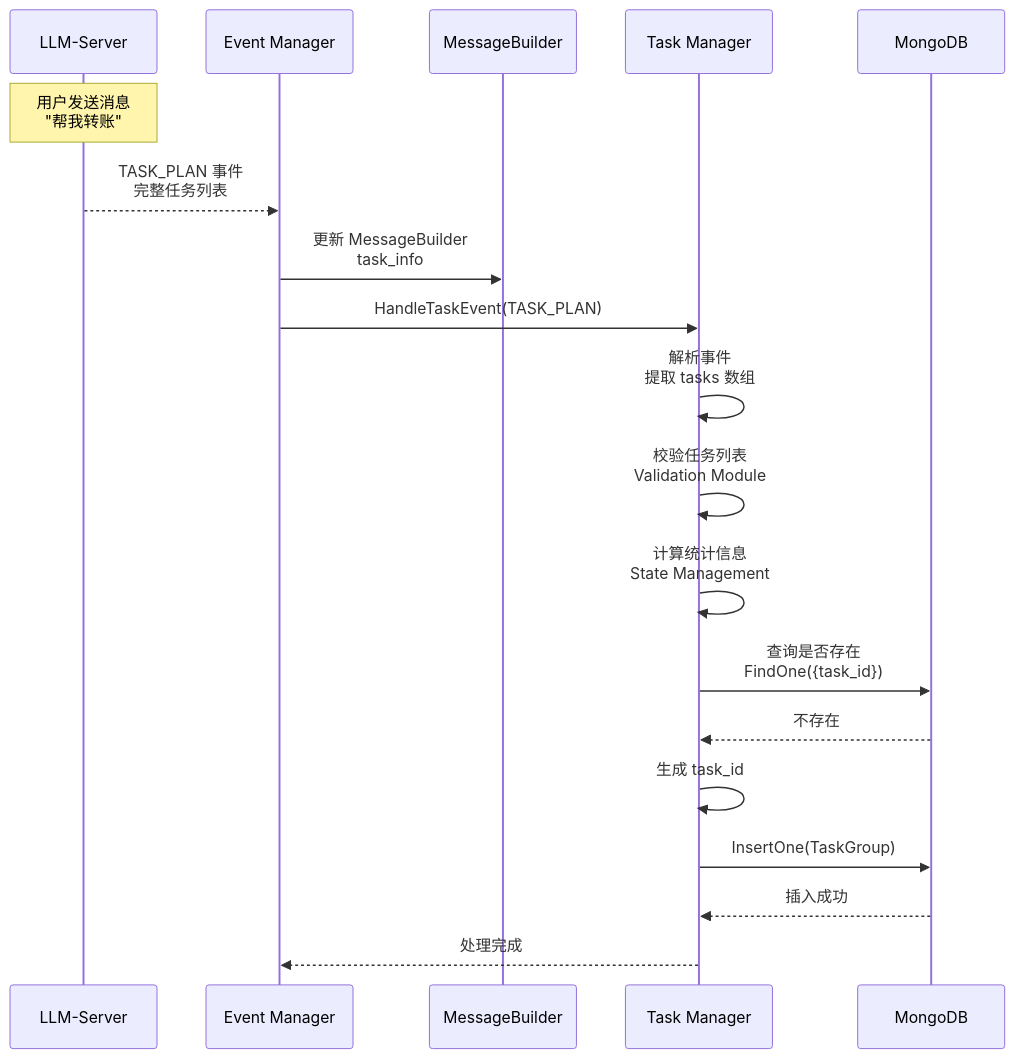
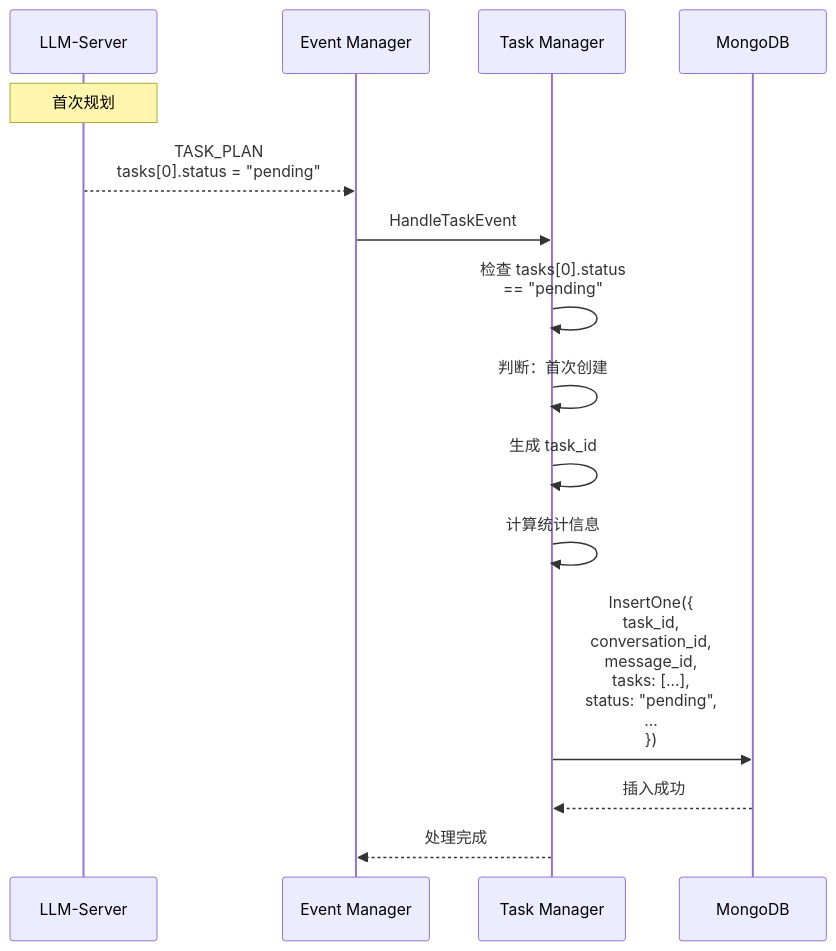
One commit to yingjianzh/iodraw-files changed the diagram in all/未命名-10.md. Above: the diagram before and after it, drawn with Mermaid.

Commit message:
2025-12-25 10:54:23 update

````diff
--- a/all/未命名-10.md
+++ b/all/未命名-10.md
@@ -1,34 +1,27 @@
 ```mermaid
 sequenceDiagram
     participant LLM as LLM-Server
     participant EM as Event Manager
-    participant Builder as MessageBuilder
     participant TM as Task Manager
     participant DB as MongoDB
     
-    Note over LLM: 用户发送消息<br/>"帮我转账"
+    Note over LLM: 首次规划
     
-    LLM-->>EM: TASK_PLAN 事件<br/>完整任务列表
+    LLM-->>EM: TASK_PLAN<br/>tasks[0].status = "pending"
     
-    EM->>Builder: 更新 MessageBuilder<br/>task_info
+    EM->>TM: HandleTaskEvent
     
-    EM->>TM: HandleTaskEvent(TASK_PLAN)
+    TM->>TM: 检查 tasks[0].status<br/>== "pending"
     
-    TM->>TM: 解析事件<br/>提取 tasks 数组
-    
-    TM->>TM: 校验任务列表<br/>Validation Module
-    
-    TM->>TM: 计算统计信息<br/>State Management
-    
-    TM->>DB: 查询是否存在<br/>FindOne({task_id})
-    
-    DB-->>TM: 不存在
+    TM->>TM: 判断：首次创建
     
     TM->>TM: 生成 task_id
     
-    TM->>DB: InsertOne(TaskGroup)
+    TM->>TM: 计算统计信息
+    
+    TM->>DB: InsertOne({<br/>  task_id,<br/>  conversation_id,<br/>  message_id,<br/>  tasks: [...],<br/>  status: "pending",<br/>  ...<br/>})
     
     DB-->>TM: 插入成功
     
     TM-->>EM: 处理完成
 ```
````
